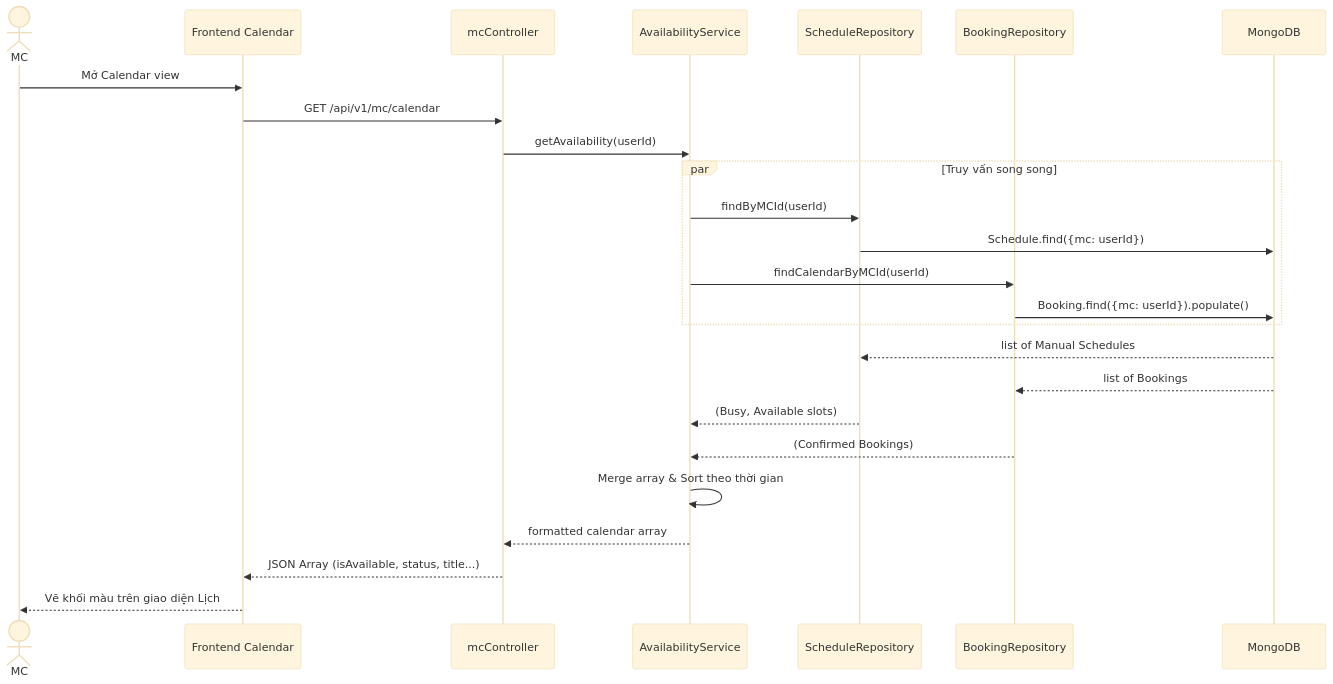
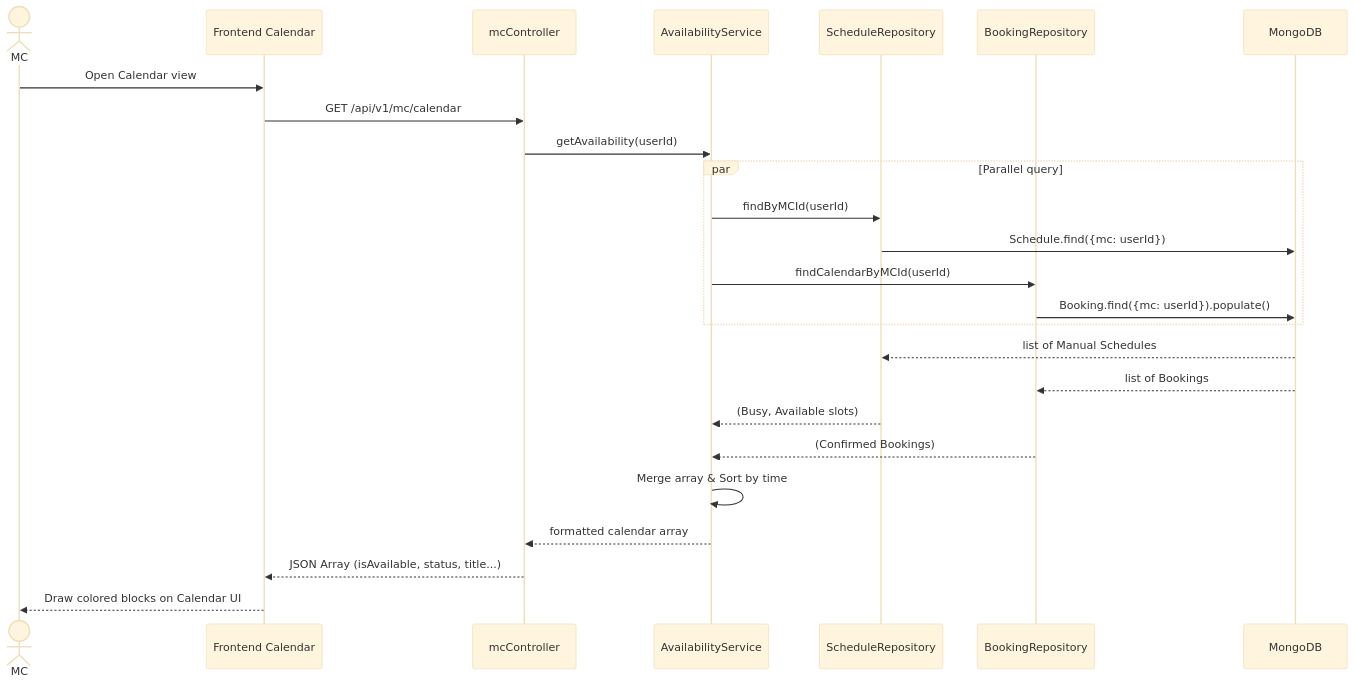
One commit to dat-21/SWD392 changed the eighth of 13 diagrams in UC_Backend_Design_Details.md. Above: the diagram before and after it, drawn with Mermaid (base theme). The commit also changed other lines of this file and 1 other file, not shown here.

````diff
--- a/UC_Backend_Design_Details.md
+++ b/UC_Backend_Design_Details.md
@@ -183,30 +183,30 @@
 ```mermaid
 sequenceDiagram
     actor MC
     participant FE as Frontend Calendar
     participant Ctrl as mcController
     participant AvailSvc as AvailabilityService
     participant SRepo as ScheduleRepository
     participant BRepo as BookingRepository
     participant DB as MongoDB
 
-    MC->>FE: Mở Calendar view
+    MC->>FE: Open Calendar view
     FE->>Ctrl: GET /api/v1/mc/calendar
     Ctrl->>AvailSvc: getAvailability(userId)
     
-    par Truy vấn song song
+    par Parallel query
         AvailSvc->>SRepo: findByMCId(userId)
         SRepo->>DB: Schedule.find({mc: userId})
         AvailSvc->>BRepo: findCalendarByMCId(userId)
         BRepo->>DB: Booking.find({mc: userId}).populate()
     end
     
     DB-->>SRepo: list of Manual Schedules
     DB-->>BRepo: list of Bookings
     SRepo-->>AvailSvc: (Busy, Available slots)
     BRepo-->>AvailSvc: (Confirmed Bookings)
-    AvailSvc->>AvailSvc: Merge array & Sort theo thời gian
+    AvailSvc->>AvailSvc: Merge array & Sort by time
     AvailSvc-->>Ctrl: formatted calendar array
     Ctrl-->>FE: JSON Array (isAvailable, status, title...)
-    FE-->>MC: Vẽ khối màu trên giao diện Lịch
+    FE-->>MC: Draw colored blocks on Calendar UI
 ```
````
